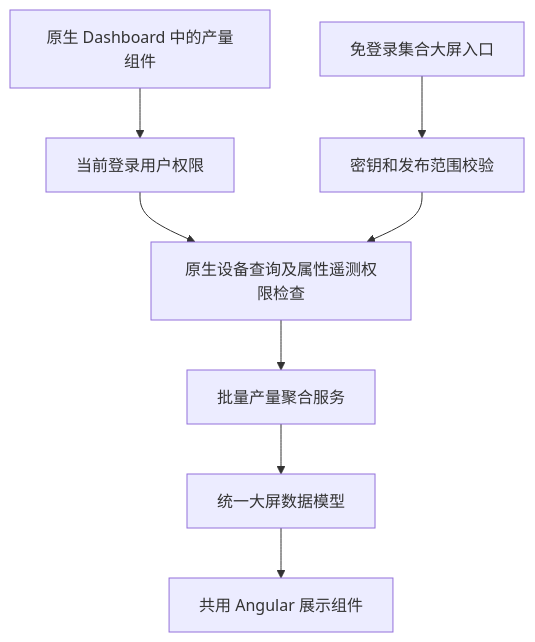
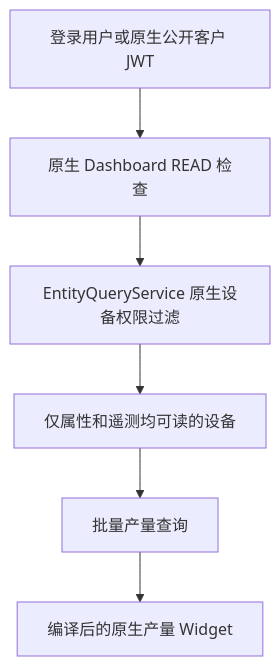
Before and after one commit to zzStar/thingsboard: the diagram in docs/PRODUCTION-WALLBOARD-DESIGN.md, drawn with Mermaid. The commit also changed other lines of this file and 34 other files, not shown here.

````diff
--- a/docs/PRODUCTION-WALLBOARD-DESIGN.md
+++ b/docs/PRODUCTION-WALLBOARD-DESIGN.md
@@ -186,10 +182,8 @@
 ```mermaid
 flowchart TD
-    A[原生 Dashboard 中的产量组件] --> B[当前登录用户权限]
-    C[免登录集合大屏入口] --> D[密钥和发布范围校验]
-    B --> E[原生设备查询及属性遥测权限检查]
-    D --> E
-    E --> F[批量产量聚合服务]
-    F --> G[统一大屏数据模型]
-    G --> H[共用 Angular 展示组件]
+    A[登录用户或原生公开客户 JWT] --> B[原生 Dashboard READ 检查]
+    B --> C[EntityQueryService 原生设备权限过滤]
+    C --> D[仅属性和遥测均可读的设备]
+    D --> E[批量产量查询]
+    E --> F[编译后的原生产量 Widget]
 ```
````
